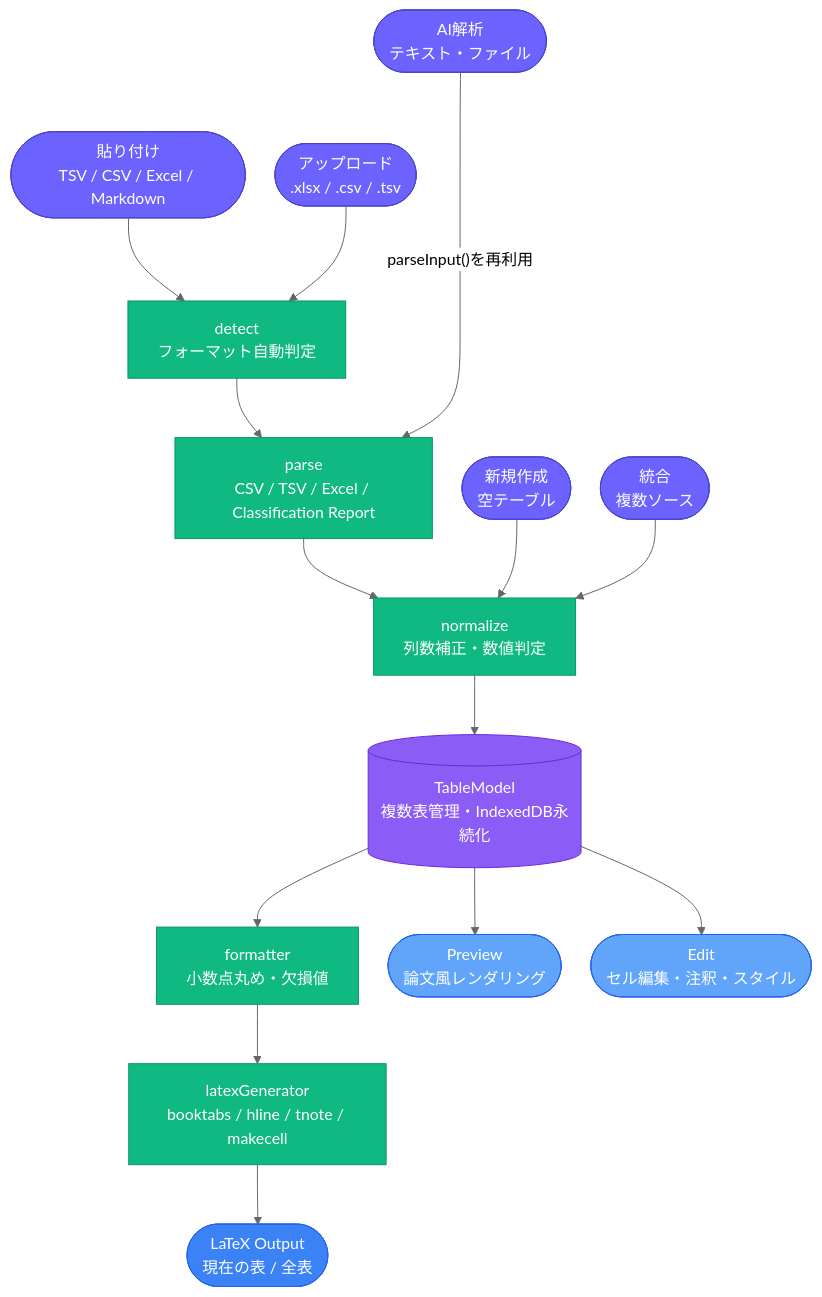
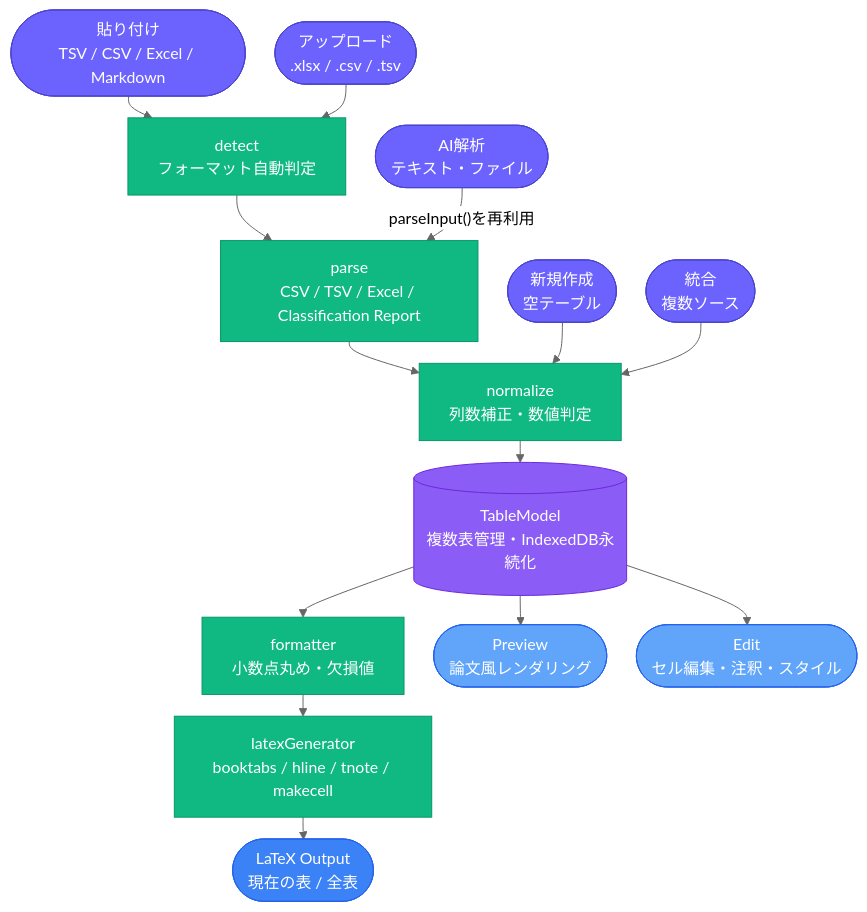
One commit to Axe0320/latex-research-toolkit changed the first of 3 diagrams in docs/architecture/table.md. Above: the diagram before and after it, drawn with Mermaid (neutral theme). The commit also changed 4 other files, not shown here.

First line of the commit message:
アーキテクチャ図の不要な枠を撤去し縦幅を短縮

````diff
--- a/docs/architecture/table.md
+++ b/docs/architecture/table.md
@@ -15,38 +15,38 @@
 ```mermaid
-%%{init: {'flowchart': {'nodeSpacing': 30, 'rankSpacing': 60}}}%%
+%%{init: {'flowchart': {'nodeSpacing': 30, 'rankSpacing': 22}}}%%
 flowchart TD
     classDef input fill:#6C63FF,color:#fff,stroke:#4a44cc
     classDef process fill:#10B981,color:#fff,stroke:#059669
     classDef model fill:#8B5CF6,color:#fff,stroke:#6D28D9
     classDef output fill:#3B82F6,color:#fff,stroke:#2563EB
     classDef ui fill:#60A5FA,color:#fff,stroke:#2563EB
 
     A(["貼り付け<br/>TSV / CSV / Excel / Markdown"]):::input
     B(["アップロード<br/>.xlsx / .csv / .tsv"]):::input
     C(["新規作成<br/>空テーブル"]):::input
     D(["統合<br/>複数ソース"]):::input
 
     E["detect<br/>フォーマット自動判定"]:::process
     F["parse<br/>CSV / TSV / Excel / Classification Report"]:::process
     AI(["AI解析<br/>テキスト・ファイル"]):::input
     G["normalize<br/>列数補正・数値判定"]:::process
 
     H[("TableModel<br/>複数表管理・IndexedDB永続化")]:::model
 
     I["formatter<br/>小数点丸め・欠損値"]:::process
     J["latexGenerator<br/>booktabs / hline / tnote / makecell"]:::process
 
     K(["Preview<br/>論文風レンダリング"]):::ui
     L(["Edit<br/>セル編集・注釈・スタイル"]):::ui
     M(["LaTeX Output<br/>現在の表 / 全表"]):::output
 
     A & B --> E --> F
-    AI ---->|"parseInput()を再利用"| F
+    AI -->|"parseInput()を再利用"| F
     F --> G
     C & D --> G
     G --> H
     H --> I --> J
     H --> K
     H --> L
     J --> M
 ```
````
